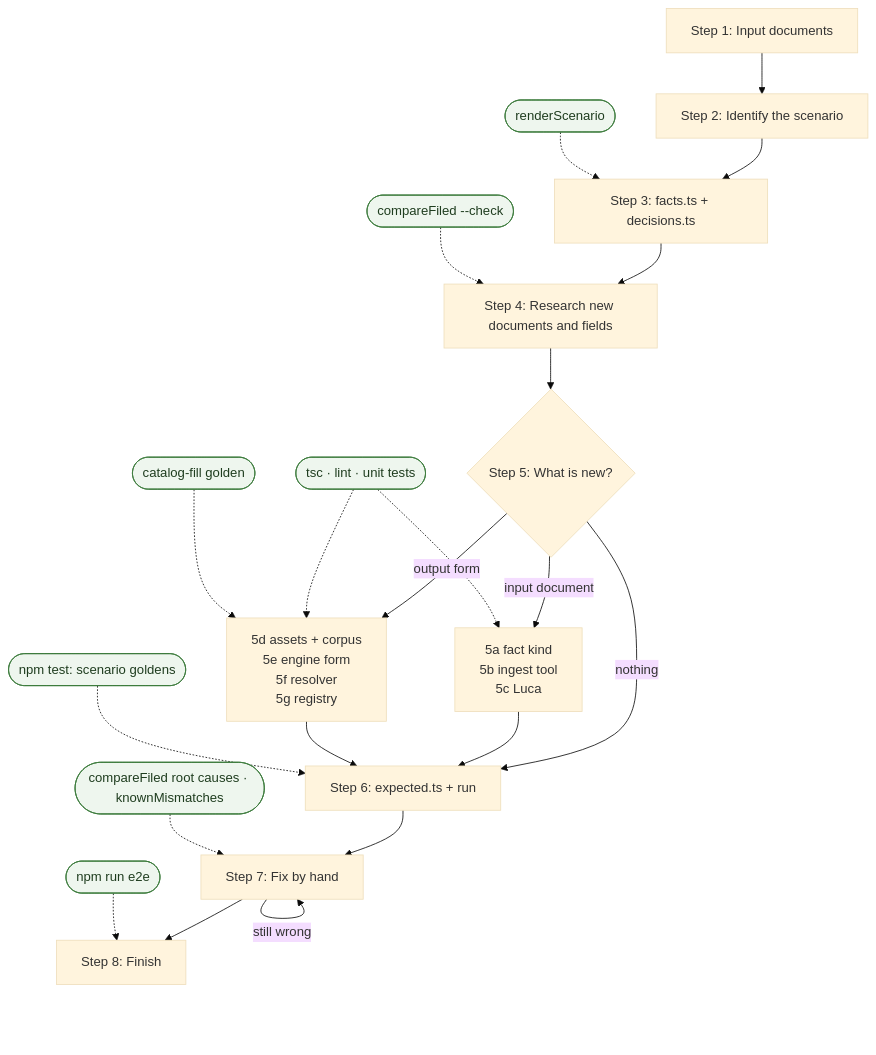
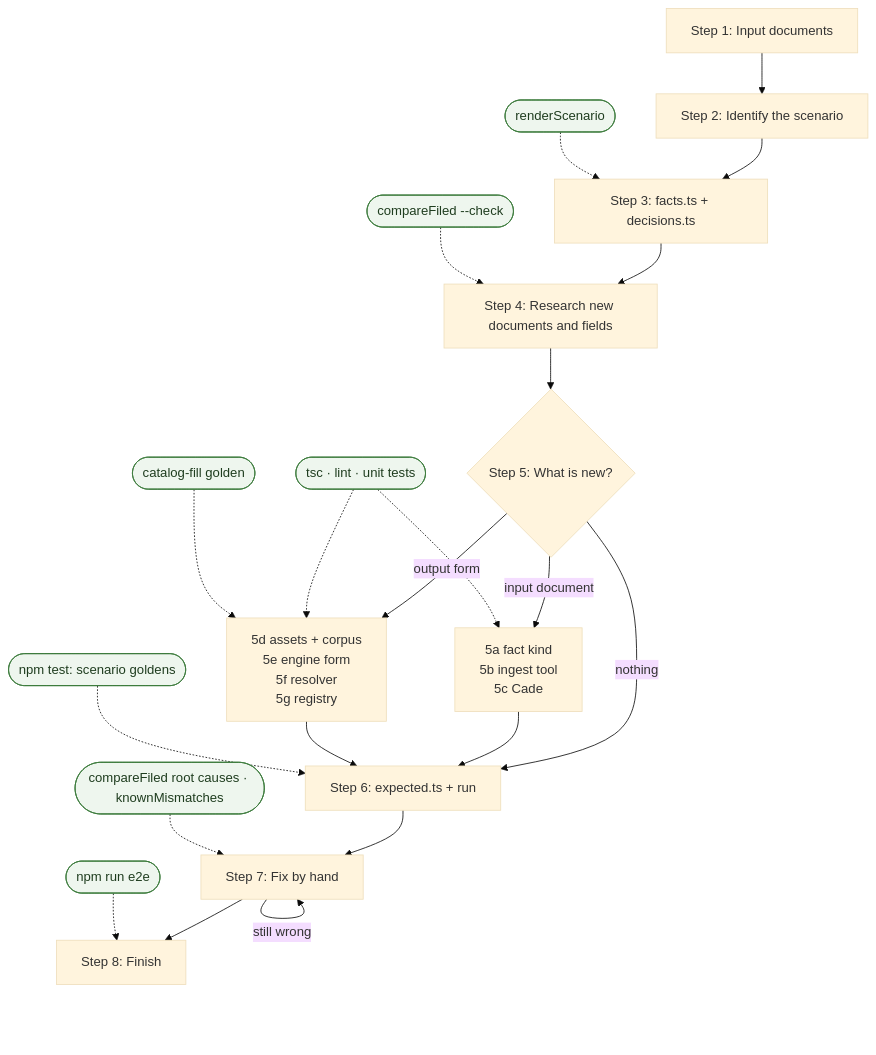
One commit to captaincole/OpenReturn changed the diagram in docs/adding-a-scenario.md. Above: the diagram before and after it, drawn with Mermaid (base theme). The commit also changed other lines of this file and 72 other files, not shown here.

First line of the commit message:
agent: rename Luca to Cade, introduce Canon

````diff
--- a/docs/adding-a-scenario.md
+++ b/docs/adding-a-scenario.md
@@ -157,27 +157,27 @@
 ```mermaid
 flowchart TD
   S1[Step 1: Input documents] --> S2[Step 2: Identify the scenario]
   S2 --> S3[Step 3: facts.ts + decisions.ts]
   S3 --> S4[Step 4: Research new documents and fields]
   S4 --> S5{Step 5: What is new?}
-  S5 -->|input document| D[5a fact kind<br/>5b ingest tool<br/>5c Luca]
+  S5 -->|input document| D[5a fact kind<br/>5b ingest tool<br/>5c Cade]
   S5 -->|output form| F[5d assets + corpus<br/>5e engine form<br/>5f resolver<br/>5g registry]
   S5 -->|nothing| S6
   D --> S6[Step 6: expected.ts + run]
   F --> S6
   S6 --> S7[Step 7: Fix by hand]
   S7 -->|still wrong| S7
   S7 --> S8[Step 8: Finish]
 
   T3([renderScenario]) -.-> S3
   T4([compareFiled --check]) -.-> S4
   T5([tsc · lint · unit tests]) -.-> D
   T5 -.-> F
   T5g([catalog-fill golden]) -.-> F
   T6([npm test: scenario goldens]) -.-> S6
   T7([compareFiled root causes · knownMismatches]) -.-> S7
   T8([npm run e2e]) -.-> S8
 
   classDef test fill:#eef6ee,stroke:#3a7a3a,color:#1f3d1f;
   class T3,T4,T5,T5g,T6,T7,T8 test;
 ```
````
